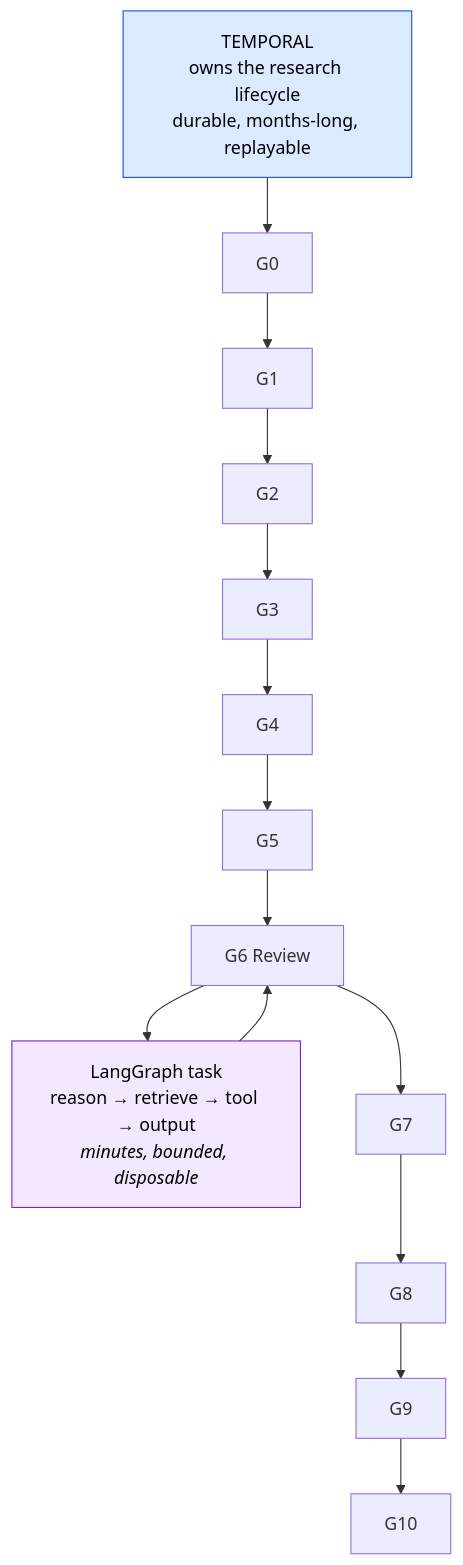
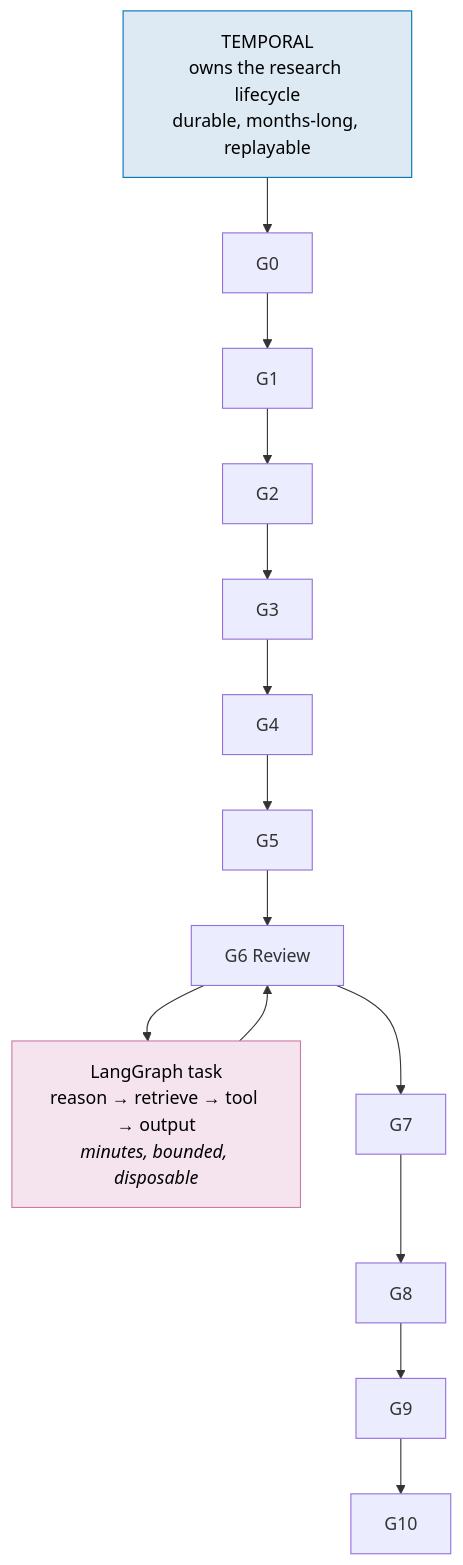
One commit to furkanhanilci/AETHRION changed the sixth of 22 diagrams in docs/architecture/AIRL_OS_ARCHITECTURE.md. Above: the diagram before and after it, drawn with Mermaid. The commit also changed other lines of this file and 32 other files, not shown here.

````diff
--- a/docs/architecture/AIRL_OS_ARCHITECTURE.md
+++ b/docs/architecture/AIRL_OS_ARCHITECTURE.md
@@ -196,12 +196,12 @@
 ```mermaid
 flowchart TD
     T["TEMPORAL<br/>owns the research lifecycle<br/>durable, months-long, replayable"]
     T --> G0["G0"] --> G1["G1"] --> G2["G2"] --> G3["G3"] --> G4["G4"] --> G5["G5"]
     G5 --> G6["G6 Review"]
     G6 --> LG["LangGraph task<br/>reason → retrieve → tool → output<br/><i>minutes, bounded, disposable</i>"]
     LG --> G6
     G6 --> G7["G7"] --> G8["G8"] --> G9["G9"] --> G10["G10"]
 
-    style T fill:#dbeafe,stroke:#1d4ed8,color:#000
-    style LG fill:#f3e8ff,stroke:#7e22ce,color:#000
+    style T fill:#DDEAF4,stroke:#0072B2,color:#000
+    style LG fill:#F5E4EE,stroke:#CC79A7,color:#000
 ```
````
